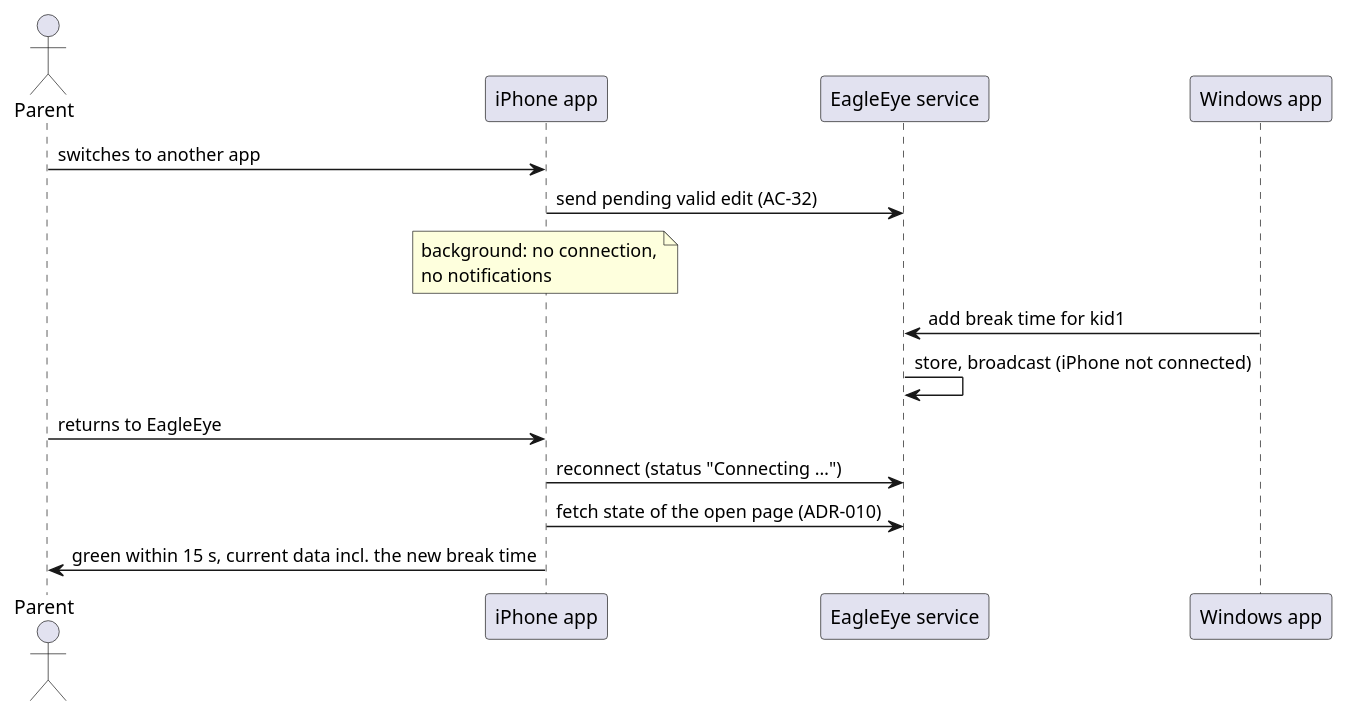
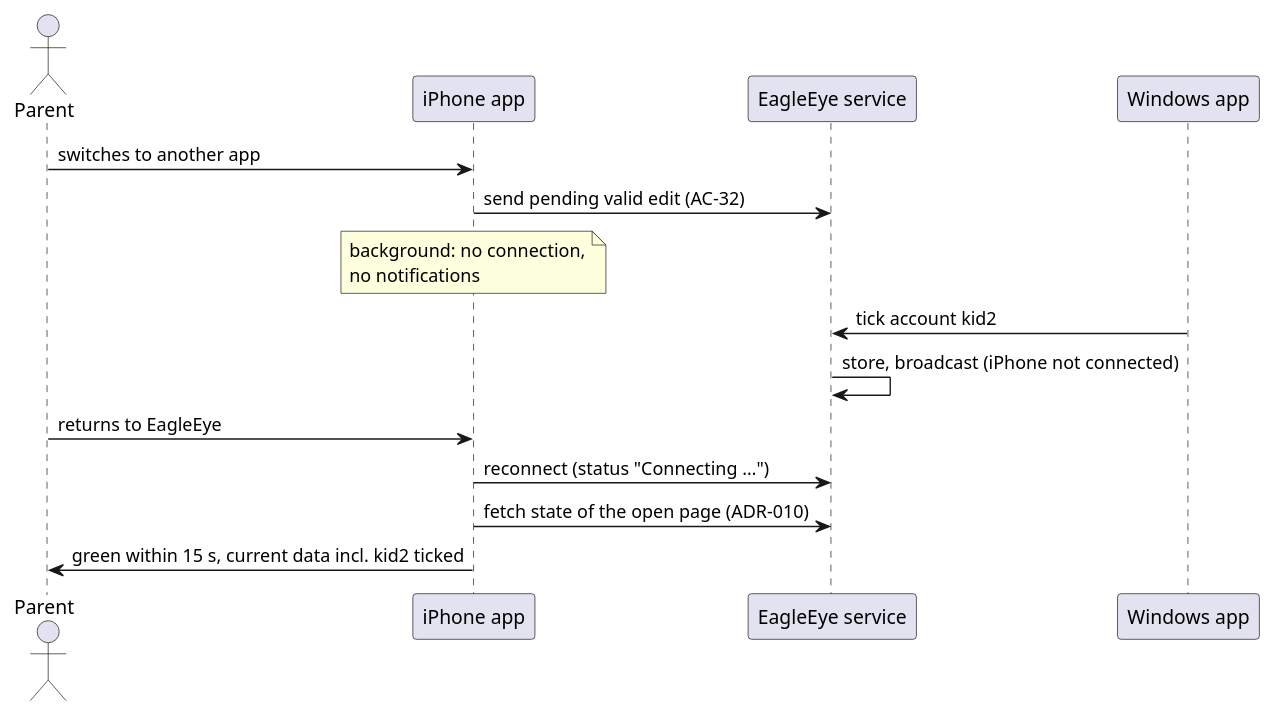
One commit to adlemich/EagleEye changed the fifth of 5 diagrams in 02_Implementation/docs/requirements/user-stories/US-007/user-story.md. Above: the diagram before and after it, drawn with PlantUML. The commit also changed other lines of this file and 2 other files, not shown here.

````diff
--- a/02_Implementation/docs/requirements/user-stories/US-007/user-story.md
+++ b/02_Implementation/docs/requirements/user-stories/US-007/user-story.md
@@ -408,18 +396,18 @@
 ```plantuml
 @startuml
 actor Parent
 participant "iPhone app" as App
 participant "EagleEye service" as Svc
 participant "Windows app" as Win
 
 Parent -> App : switches to another app
 App -> Svc : send pending valid edit (AC-32)
 note over App : background: no connection,\nno notifications
-Win -> Svc : add break time for kid1
+Win -> Svc : tick account kid2
 Svc -> Svc : store, broadcast (iPhone not connected)
 Parent -> App : returns to EagleEye
 App -> Svc : reconnect (status "Connecting …")
 App -> Svc : fetch state of the open page (ADR-010)
-App -> Parent : green within 15 s, current data incl. the new break time
+App -> Parent : green within 15 s, current data incl. kid2 ticked
 @enduml
 ```
````
